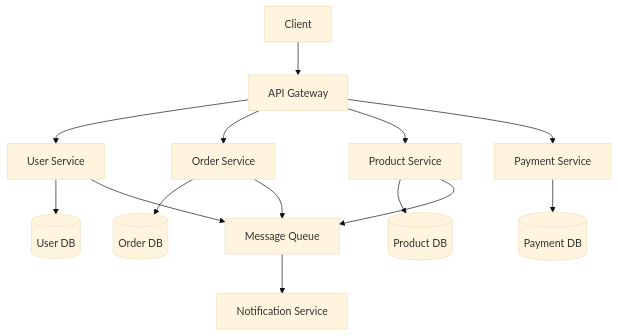
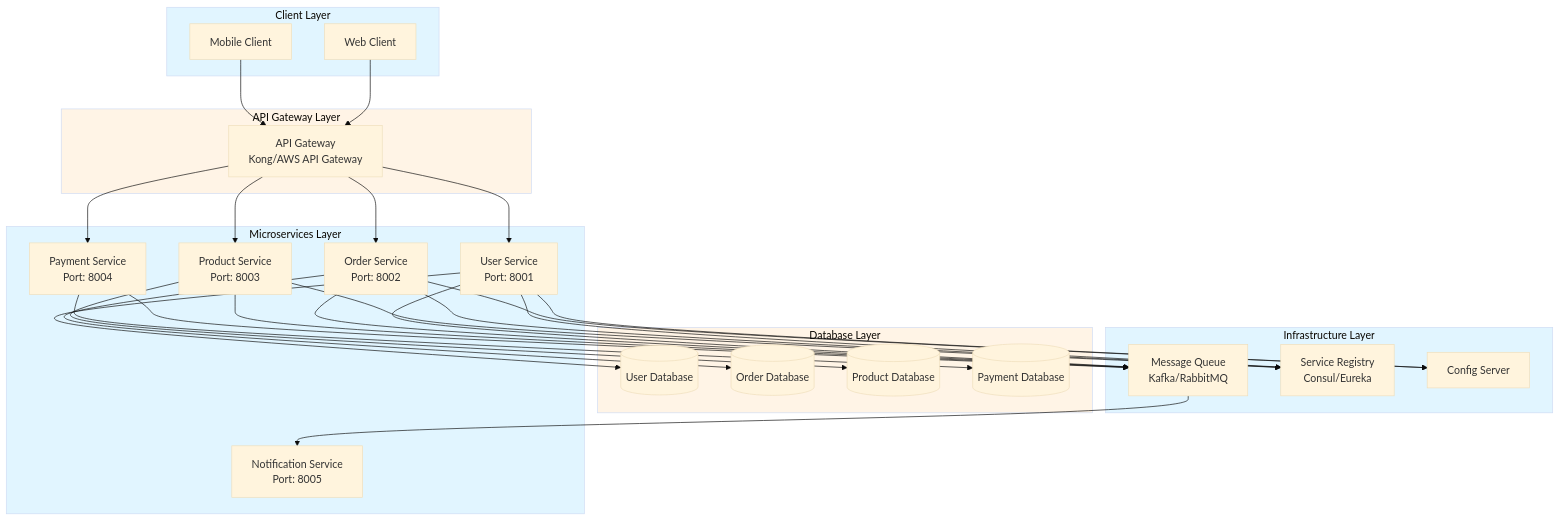
One commit to iouthnamain/tech-note changed the fourth of 30 diagrams in Developer-Guides/ARCHITECTURE_PATTERNS_GUIDE.md. Above: the diagram before and after it, drawn with Mermaid (base theme). The commit also changed other lines of this file and 68 other files, not shown here.

````diff
--- a/Developer-Guides/ARCHITECTURE_PATTERNS_GUIDE.md
+++ b/Developer-Guides/ARCHITECTURE_PATTERNS_GUIDE.md
@@ -91,20 +175,65 @@
 ```mermaid
 graph TB
-    Client[Client] --> Gateway[API Gateway]
+    subgraph Client[Client Layer]
+        Web[Web Client]
+        Mobile[Mobile Client]
+    end
     
-    Gateway --> UserSvc[User Service]
-    Gateway --> OrderSvc[Order Service]
-    Gateway --> ProductSvc[Product Service]
-    Gateway --> PaymentSvc[Payment Service]
+    subgraph Gateway[API Gateway Layer]
+        APIGateway[API Gateway<br/>Kong/AWS API Gateway]
+    end
     
-    UserSvc --> UserDB[(User DB)]
-    OrderSvc --> OrderDB[(Order DB)]
-    ProductSvc --> ProductDB[(Product DB)]
-    PaymentSvc --> PaymentDB[(Payment DB)]
+    subgraph Services[Microservices Layer]
+        UserSvc[User Service<br/>Port: 8001]
+        OrderSvc[Order Service<br/>Port: 8002]
+        ProductSvc[Product Service<br/>Port: 8003]
+        PaymentSvc[Payment Service<br/>Port: 8004]
+        NotificationSvc[Notification Service<br/>Port: 8005]
+    end
     
-    UserSvc --> MessageQueue[Message Queue]
+    subgraph Databases[Database Layer]
+        UserDB[(User Database)]
+        OrderDB[(Order Database)]
+        ProductDB[(Product Database)]
+        PaymentDB[(Payment Database)]
+    end
+    
+    subgraph Infrastructure[Infrastructure Layer]
+        MessageQueue[Message Queue<br/>Kafka/RabbitMQ]
+        ServiceRegistry[Service Registry<br/>Consul/Eureka]
+        ConfigServer[Config Server]
+    end
+    
+    Web --> APIGateway
+    Mobile --> APIGateway
+    
+    APIGateway --> UserSvc
+    APIGateway --> OrderSvc
+    APIGateway --> ProductSvc
+    APIGateway --> PaymentSvc
+    
+    UserSvc --> UserDB
+    OrderSvc --> OrderDB
+    ProductSvc --> ProductDB
+    PaymentSvc --> PaymentDB
+    
+    UserSvc --> MessageQueue
     OrderSvc --> MessageQueue
     ProductSvc --> MessageQueue
+    PaymentSvc --> MessageQueue
     
-    MessageQueue --> NotificationSvc[Notification Service]
+    MessageQueue --> NotificationSvc
+    
+    UserSvc --> ServiceRegistry
+    OrderSvc --> ServiceRegistry
+    ProductSvc --> ServiceRegistry
+    
+    UserSvc --> ConfigServer
+    OrderSvc --> ConfigServer
+    
+    style Client fill:#e1f5ff
+    style Gateway fill:#fff4e6
+    style Services fill:#e1f5ff
+    style Databases fill:#fff4e6
+    style Infrastructure fill:#e1f5ff
 ```
````
